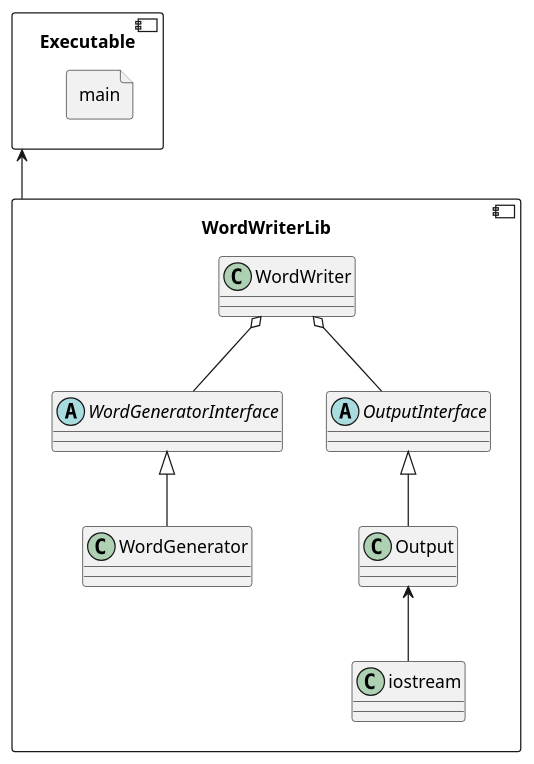
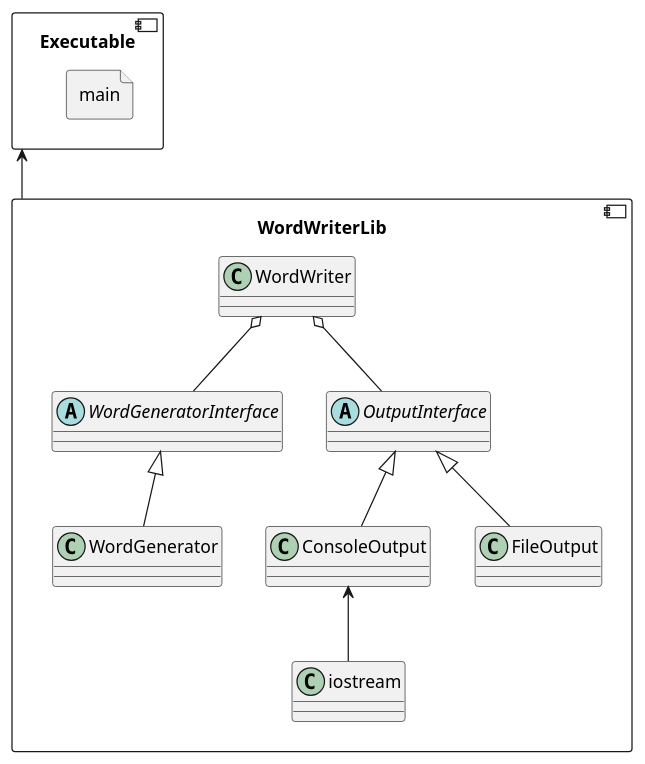
One commit to craft-coder/unit-testing-example changed the diagram in doc/classes.plantuml. Above: the diagram before and after it, drawn with PlantUML. The commit also changed 5 other files, not shown here.

Commit message:
Renamed to consoleOutput

```diff
--- a/doc/classes.plantuml
+++ b/doc/classes.plantuml
@@ -1,25 +1,27 @@
 allow_mixing
 
 component Executable {
     file main
 }
 
 component WordWriterLib {
     class WordWriter
 
     abstract class WordGeneratorInterface
     class WordGenerator 
 
     abstract class OutputInterface
-    class Output 
+    class ConsoleOutput 
     class iostream
+    class FileOutput
 
     WordWriter o-- OutputInterface
     WordWriter o-- WordGeneratorInterface
 
-    OutputInterface <|-- Output
+    OutputInterface <|-- ConsoleOutput
+    OutputInterface <|-- FileOutput
     WordGeneratorInterface <|-- WordGenerator
-    Output <-- iostream
+    ConsoleOutput <-- iostream
 }
 
 Executable <-- WordWriterLib
```
